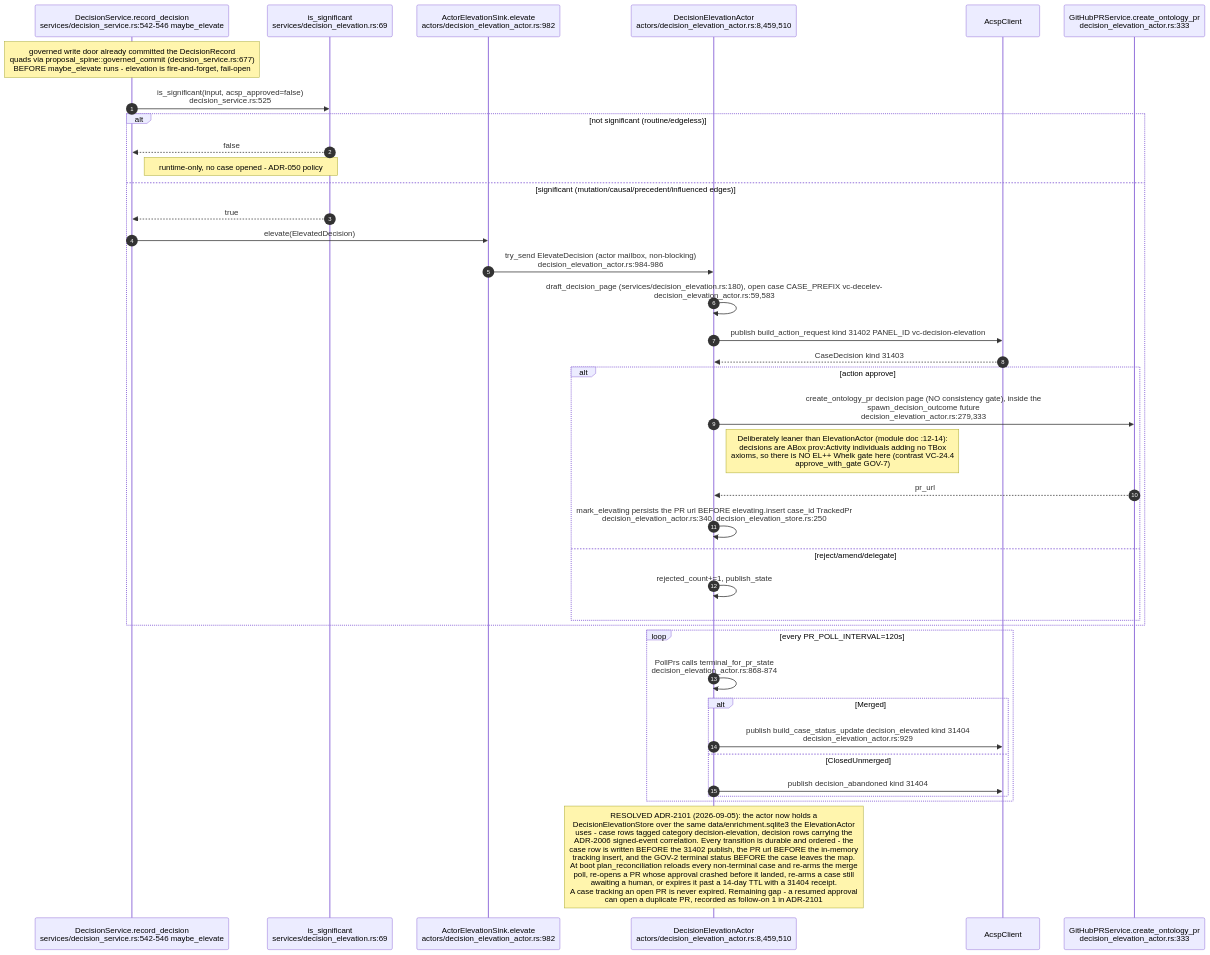
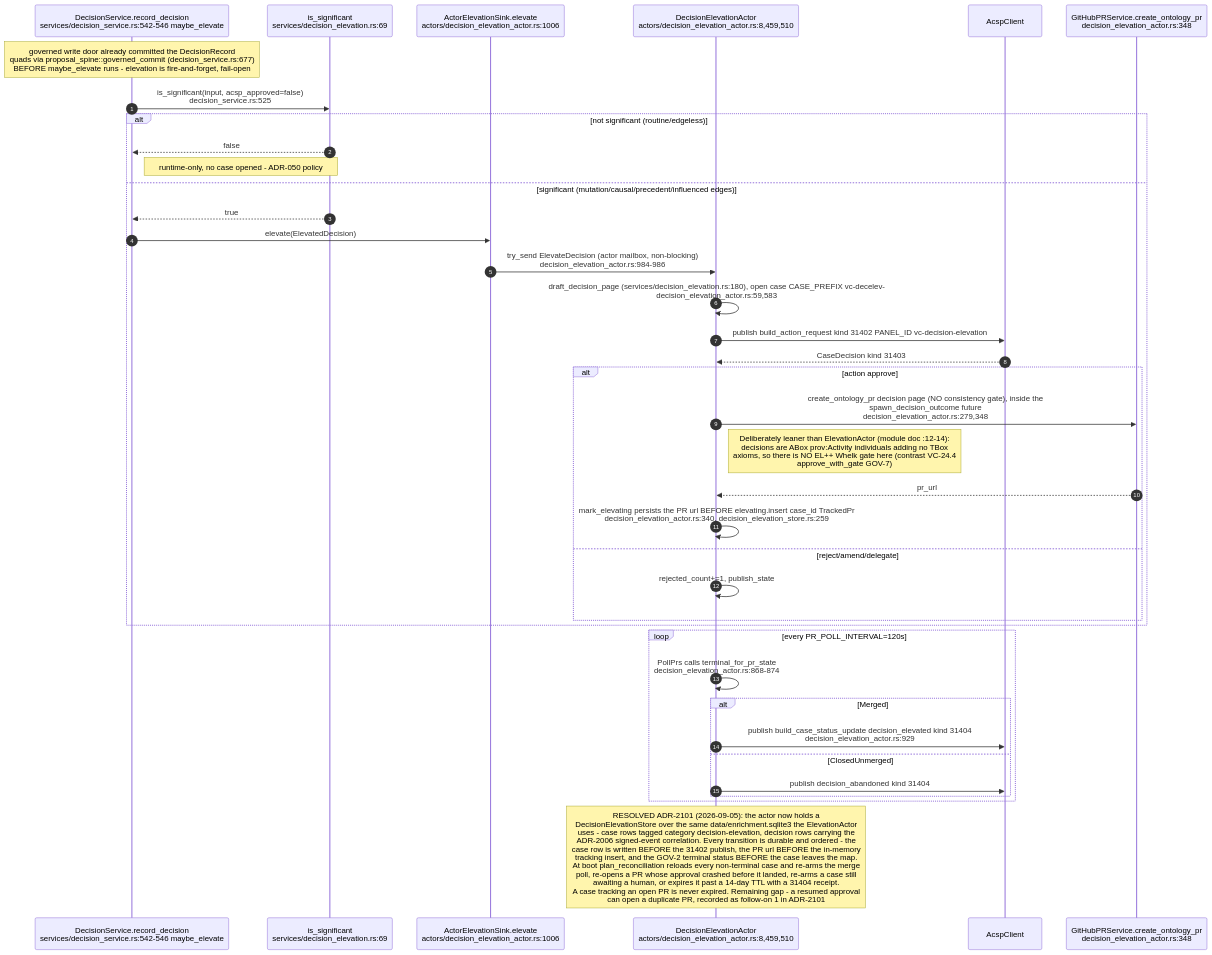
One commit to DreamLab-AI/VisionFlow changed the sixth of 11 diagrams in docs/diagrams/visionclaw/24-acsp-decision-elevation.md. Above: the diagram before and after it, drawn with Mermaid. The commit also changed other lines of this file and 51 other files, not shown here.

First line of the commit message:
docs(diagrams): agentbox AB-01..13 re-attested anchor by anchor (980 anchors, 22 defects); checkpoint against an out-of-mesh writer

````diff
--- a/docs/diagrams/visionclaw/24-acsp-decision-elevation.md
+++ b/docs/diagrams/visionclaw/24-acsp-decision-elevation.md
@@ -225,40 +225,40 @@
 ```mermaid
 sequenceDiagram
     autonumber
     participant DS as DecisionService.record_decision<br/>services/decision_service.rs:542-546 maybe_elevate
     participant SIG as is_significant<br/>services/decision_elevation.rs:69
-    participant SINK as ActorElevationSink.elevate<br/>actors/decision_elevation_actor.rs:982
+    participant SINK as ActorElevationSink.elevate<br/>actors/decision_elevation_actor.rs:1006
     participant DEA as DecisionElevationActor<br/>actors/decision_elevation_actor.rs:8,459,510
     participant ACSP as AcspClient
-    participant GH as GitHubPRService.create_ontology_pr<br/>decision_elevation_actor.rs:333
+    participant GH as GitHubPRService.create_ontology_pr<br/>decision_elevation_actor.rs:348
     Note over DS: governed write door already committed the DecisionRecord<br/>quads via proposal_spine::governed_commit (decision_service.rs:677)<br/>BEFORE maybe_elevate runs - elevation is fire-and-forget, fail-open
     DS->>SIG: is_significant(input, acsp_approved=false)<br/>decision_service.rs:525
     alt not significant (routine/edgeless)
         SIG-->>DS: false
         Note right of DS: runtime-only, no case opened - ADR-050 policy
     else significant (mutation/causal/precedent/influenced edges)
         SIG-->>DS: true
         DS->>SINK: elevate(ElevatedDecision)
         SINK->>DEA: try_send ElevateDecision (actor mailbox, non-blocking)<br/>decision_elevation_actor.rs:984-986
         DEA->>DEA: draft_decision_page (services/decision_elevation.rs:180), open case CASE_PREFIX vc-decelev-<br/>decision_elevation_actor.rs:59,583
         DEA->>ACSP: publish build_action_request kind 31402 PANEL_ID vc-decision-elevation
         ACSP-->>DEA: CaseDecision kind 31403
         alt action approve
-            DEA->>GH: create_ontology_pr decision page (NO consistency gate), inside the<br/>spawn_decision_outcome future<br/>decision_elevation_actor.rs:279,333
+            DEA->>GH: create_ontology_pr decision page (NO consistency gate), inside the<br/>spawn_decision_outcome future<br/>decision_elevation_actor.rs:279,348
             Note right of DEA: Deliberately leaner than ElevationActor (module doc :12-14):<br/>decisions are ABox prov:Activity individuals adding no TBox<br/>axioms, so there is NO EL++ Whelk gate here (contrast VC-24.4<br/>approve_with_gate GOV-7)
             GH-->>DEA: pr_url
-            DEA->>DEA: mark_elevating persists the PR url BEFORE elevating.insert case_id TrackedPr<br/>decision_elevation_actor.rs:340, decision_elevation_store.rs:250
+            DEA->>DEA: mark_elevating persists the PR url BEFORE elevating.insert case_id TrackedPr<br/>decision_elevation_actor.rs:340, decision_elevation_store.rs:259
         else reject/amend/delegate
             DEA->>DEA: rejected_count+=1, publish_state
         end
     end
     loop every PR_POLL_INTERVAL=120s
         DEA->>DEA: PollPrs calls terminal_for_pr_state<br/>decision_elevation_actor.rs:868-874
         alt Merged
             DEA->>ACSP: publish build_case_status_update decision_elevated kind 31404<br/>decision_elevation_actor.rs:929
         else ClosedUnmerged
             DEA->>ACSP: publish decision_abandoned kind 31404
         end
     end
     Note over DEA: RESOLVED ADR-2101 (2026-09-05): the actor now holds a<br/>DecisionElevationStore over the same data/enrichment.sqlite3 the ElevationActor<br/>uses - case rows tagged category decision-elevation, decision rows carrying the<br/>ADR-2006 signed-event correlation. Every transition is durable and ordered - the<br/>case row is written BEFORE the 31402 publish, the PR url BEFORE the in-memory<br/>tracking insert, and the GOV-2 terminal status BEFORE the case leaves the map.<br/>At boot plan_reconciliation reloads every non-terminal case and re-arms the merge<br/>poll, re-opens a PR whose approval crashed before it landed, re-arms a case still<br/>awaiting a human, or expires it past a 14-day TTL with a 31404 receipt.<br/>A case tracking an open PR is never expired. Remaining gap - a resumed approval<br/>can open a duplicate PR, recorded as follow-on 1 in ADR-2101
 ```
````
